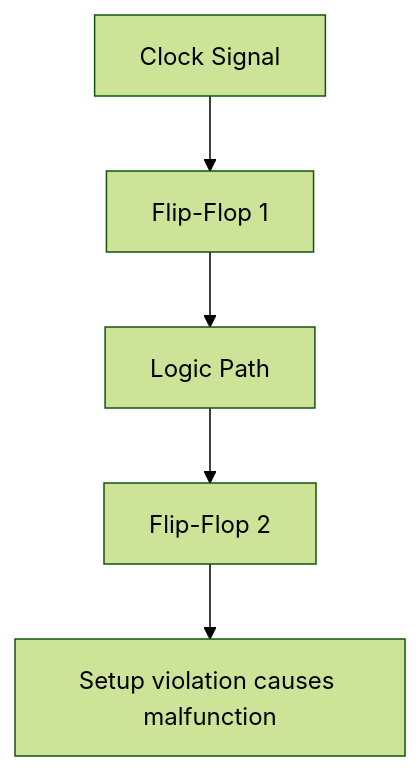
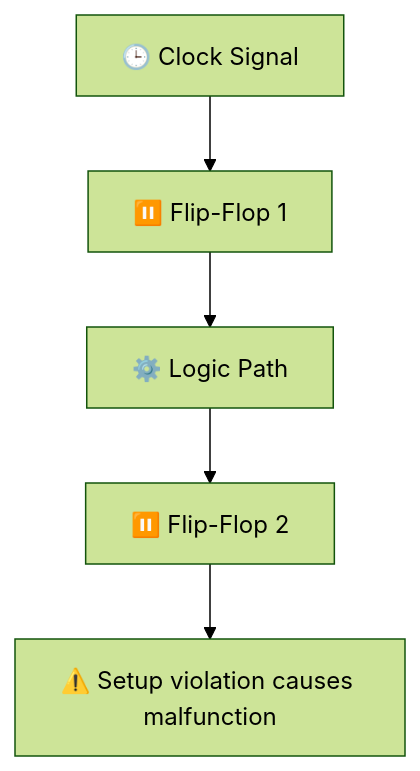
The diagram in chapter5_soc_design_flow/5.3_clock_and_sta.md (Samizo-AITL/Edusemi-v4x), drawn with Mermaid (forest theme) before and after one commit. The commit also changed other lines of this file, not shown here.

````diff
--- a/chapter5_soc_design_flow/5.3_clock_and_sta.md
+++ b/chapter5_soc_design_flow/5.3_clock_and_sta.md
@@ -24,7 +25,7 @@
 ```mermaid
 flowchart TD
-    CLK[Clock Signal] --> FF1[Flip-Flop 1]
-    FF1 --> LOGIC[Logic Path]
-    LOGIC --> FF2[Flip-Flop 2]
-    FF2 --> NOTE[Setup violation causes malfunction]
+    CLK[🕒 Clock Signal] --> FF1[⏸️ Flip-Flop 1]
+    FF1 --> LOGIC[⚙️ Logic Path]
+    LOGIC --> FF2[⏸️ Flip-Flop 2]
+    FF2 --> NOTE[⚠️ Setup violation causes malfunction]
 ```
````
